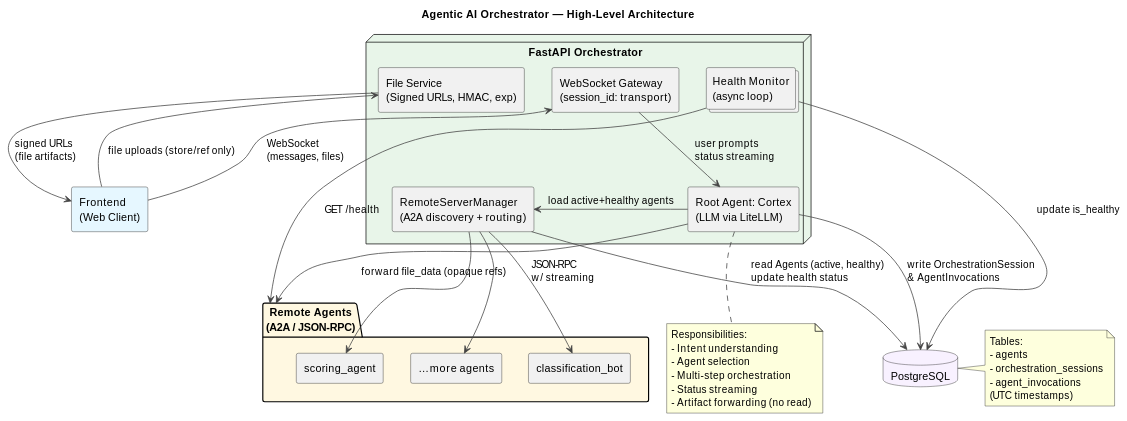
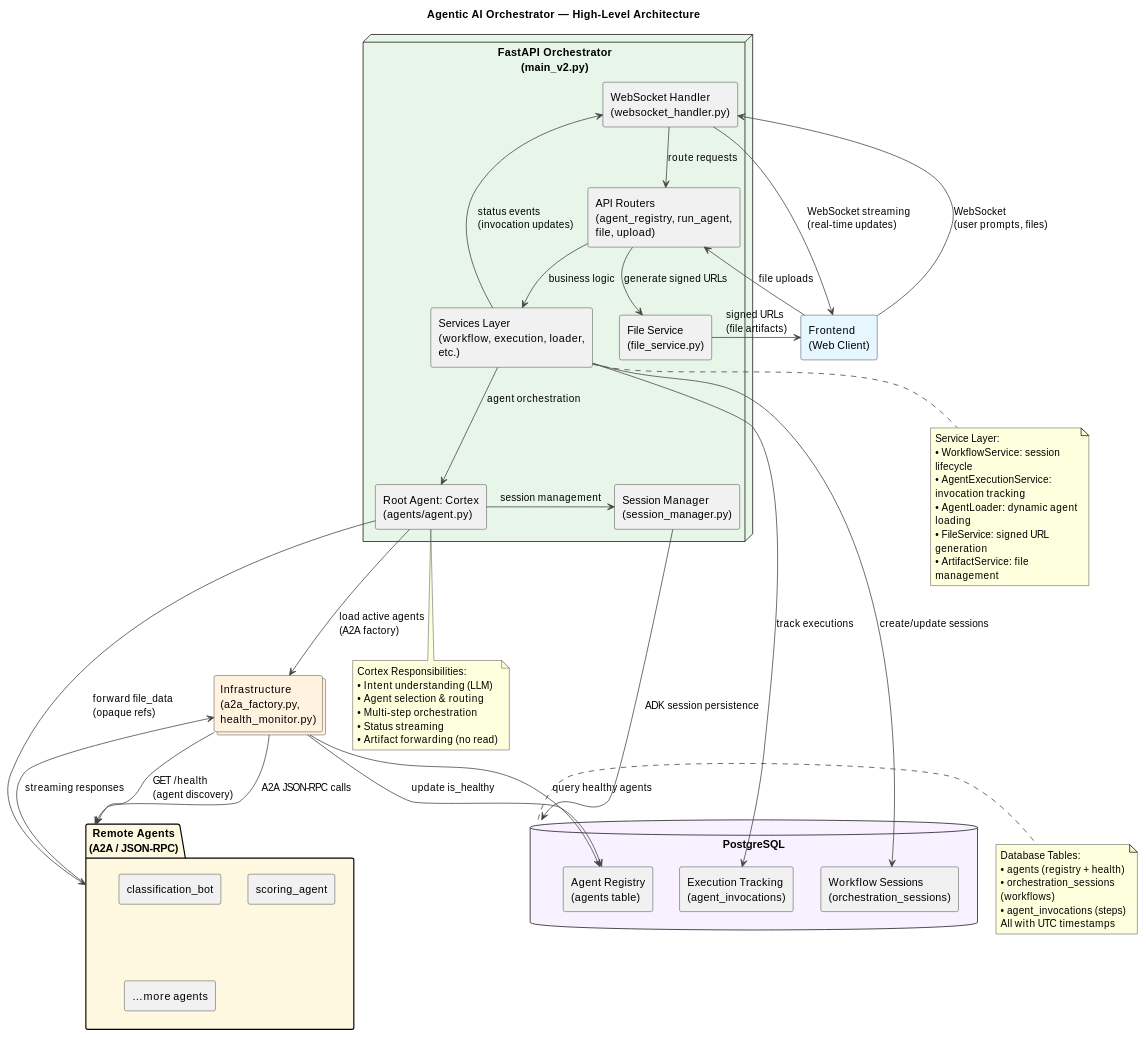
One commit to adityait019/orchestrator changed the second of 2 diagrams in README.md. Above: the diagram before and after it, drawn with PlantUML. The commit also changed other lines of this file, not shown here.

```diff
--- a/README.md
+++ b/README.md
@@ -376,53 +1266,85 @@
 
 rectangle "Frontend\n(Web Client)" as FE #E6F7FF
 
-node "FastAPI Orchestrator" as API #E8F5E9 {
-  component "WebSocket Gateway\n(session_id: transport)" as WS
-  component "Root Agent: Cortex\n(LLM via LiteLLM)" as CORTEX
-  component "RemoteServerManager\n(A2A discovery + routing)" as RSM
-  component "File Service\n(Signed URLs, HMAC, exp)" as FILES
-  collections "Health Monitor\n(async loop)" as HM
+node "FastAPI Orchestrator\n(main_v2.py)" as API #E8F5E9 {
+  component "WebSocket Handler\n(websocket_handler.py)" as WS
+  component "API Routers\n(agent_registry, run_agent, file, upload)" as ROUTERS
+  component "Root Agent: Cortex\n(agents/agent.py)" as CORTEX
+  component "Services Layer\n(workflow, execution, loader, etc.)" as SERVICES
+  component "Session Manager\n(session_manager.py)" as SM
+  component "File Service\n(file_service.py)" as FILES
 }
 
-database "PostgreSQL" as PG #F8F1FF
-folder "Remote Agents\n(A2A / JSON-RPC)" as AGENTS #FFF8E1 {
+database "PostgreSQL" as PG #F8F1FF {
+  component "Agent Registry\n(agents table)" as AGENTS_DB
+  component "Workflow Sessions\n(orchestration_sessions)" as WORKFLOW_DB
+  component "Execution Tracking\n(agent_invocations)" as INVOCATION_DB
+}
+
+folder "Remote Agents\n(A2A / JSON-RPC)" as REMOTE_AGENTS #FFF8E1 {
   component "classification_bot" as AG1
   component "scoring_agent" as AG2
   component "… more agents" as AGN
 }
 
-FE -down-> WS : WebSocket\n(messages, files)
-WS -down-> CORTEX : user prompts\nstatus streaming
-CORTEX -right-> RSM : load active+healthy agents
-RSM -down-> AG1 : JSON-RPC\nw/ streaming
-RSM -down-> AG2
-RSM -down-> AGN
+collections "Infrastructure\n(a2a_factory.py, health_monitor.py)" as INFRA #FFF3E0
 
-CORTEX -down-> PG : write OrchestrationSession\n& AgentInvocations
-RSM -down-> PG : read Agents (active, healthy)\nupdate health status
+' Main user flow
+FE -down-> WS : WebSocket\n(user prompts, files)
+WS -down-> ROUTERS : route requests
+ROUTERS -down-> SERVICES : business logic
+SERVICES -down-> CORTEX : agent orchestration
+CORTEX -right-> SM : session management
 
+' Agent discovery and execution
+CORTEX -down-> INFRA : load active agents\n(A2A factory)
+INFRA -down-> AGENTS_DB : query healthy agents
+INFRA -right-> REMOTE_AGENTS : A2A JSON-RPC calls
+REMOTE_AGENTS -left-> INFRA : streaming responses
+
+' Data persistence
+SERVICES -down-> WORKFLOW_DB : create/update sessions
+SERVICES -down-> INVOCATION_DB : track executions
+SM -down-> PG : ADK session persistence
+
+' File handling
+FE -up-> ROUTERS : file uploads
+ROUTERS -down-> FILES : generate signed URLs
 FILES -down-> FE : signed URLs\n(file artifacts)
-FE -up-> FILES : file uploads (store/ref only)
-CORTEX -right-> AGENTS : forward file_data (opaque refs)
+CORTEX -right-> REMOTE_AGENTS : forward file_data\n(opaque refs)
 
-HM -down-> AGENTS : GET /health
-HM -down-> PG : update is_healthy
+' Health monitoring
+INFRA -down-> REMOTE_AGENTS : GET /health\n(agent discovery)
+INFRA -down-> AGENTS_DB : update is_healthy
+
+' Event streaming back to frontend
+SERVICES -up-> WS : status events\n(invocation updates)
+WS -up-> FE : WebSocket streaming\n(real-time updates)
 
 note right of PG
-Tables:
-- agents
-- orchestration_sessions
-- agent_invocations
-(UTC timestamps)
+Database Tables:
+• agents (registry + health)
+• orchestration_sessions (workflows)
+• agent_invocations (steps)
+All with UTC timestamps
 end note
 
 note bottom of CORTEX
-Responsibilities:
-- Intent understanding
-- Agent selection
-- Multi-step orchestration
-- Status streaming
-- Artifact forwarding (no read)
+Cortex Responsibilities:
+• Intent understanding (LLM)
+• Agent selection & routing
+• Multi-step orchestration
+• Status streaming
+• Artifact forwarding (no read)
+end note
+
+note bottom of SERVICES
+Service Layer:
+• WorkflowService: session lifecycle
+• AgentExecutionService: invocation tracking
+• AgentLoader: dynamic agent loading
+• FileService: signed URL generation
+• ArtifactService: file management
 end note
 
 @enduml
```
